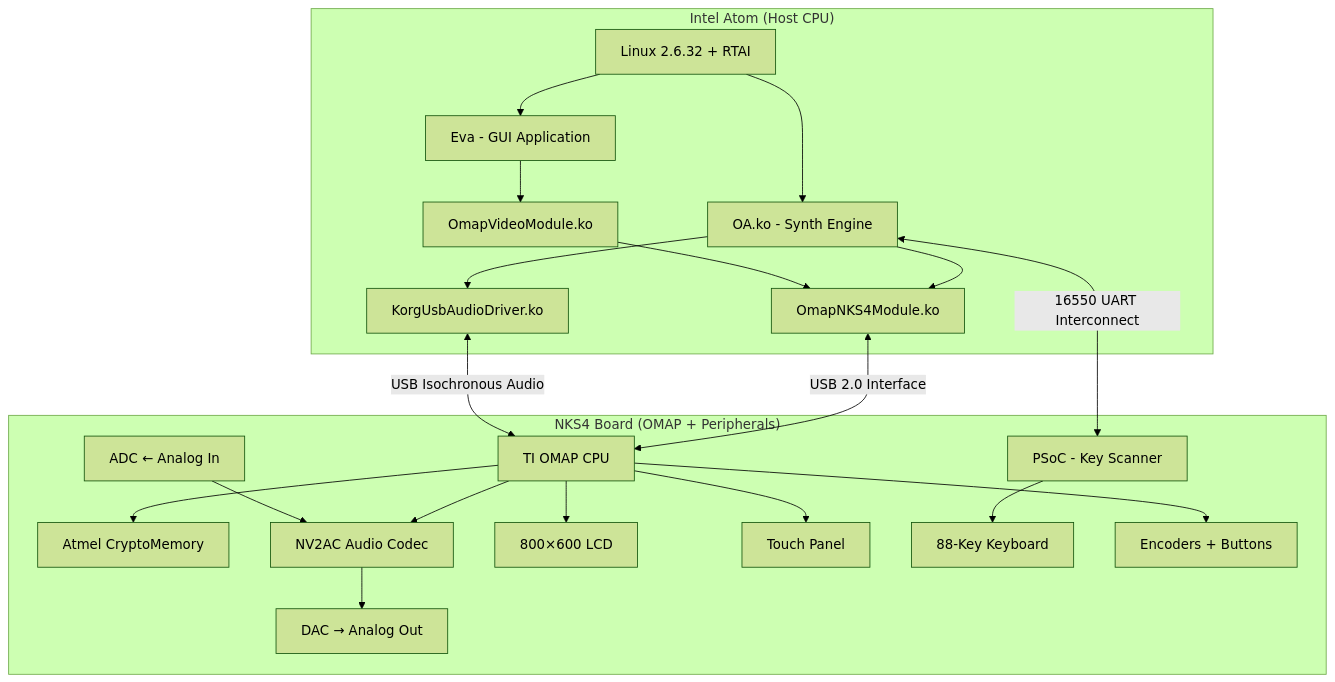
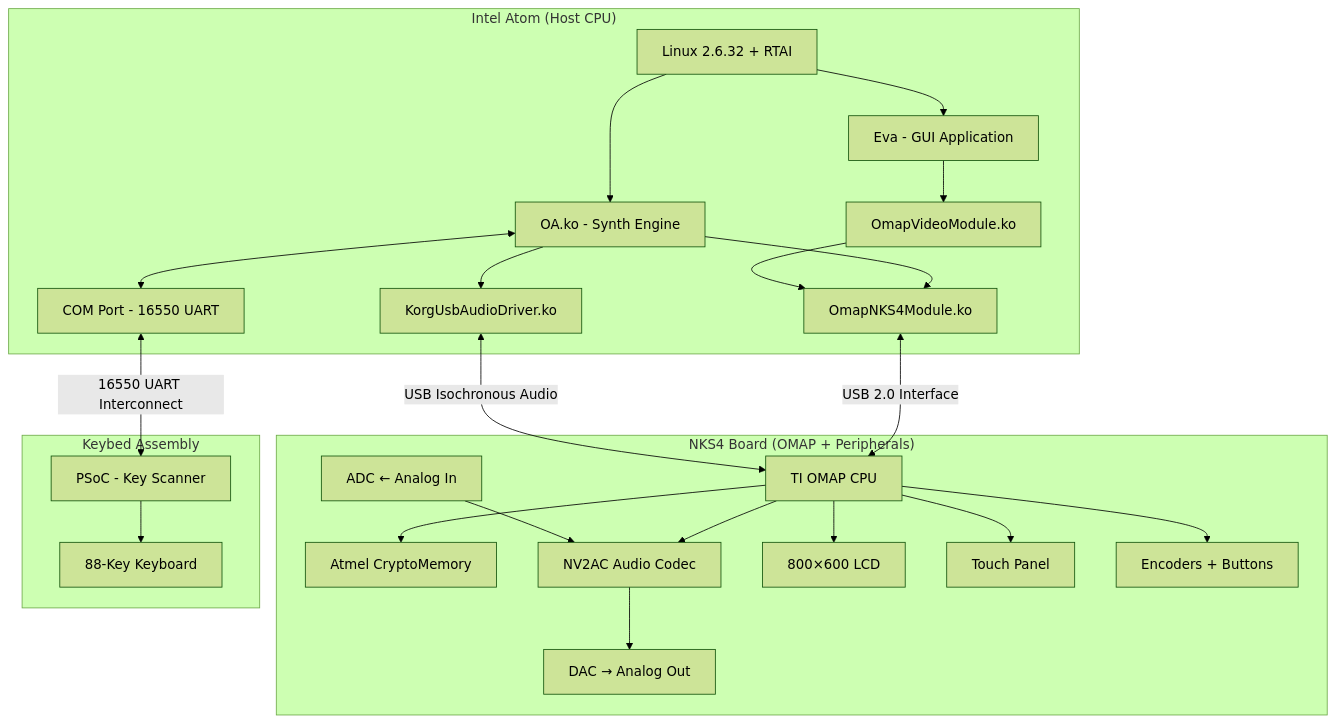
Before and after one commit to metaneutrons/kronos: the diagram in docs/01-architecture.md, drawn with Mermaid (forest theme). The commit also changed 11 other files, not shown here.

Commit message:
docs: port documentation improvements and diagram syntax fixes from master

````diff
--- a/docs/01-architecture.md
+++ b/docs/01-architecture.md
@@ -12,44 +12,49 @@
-```{.mermaid caption="Host-Coprocessor System Interconnect Schema" #fig:arch-original-src}
+```mermaid
 graph TB
     subgraph "Intel Atom (Host CPU)"
         KERNEL[Linux 2.6.32 + RTAI]
         OA[OA.ko - Synth Engine]
         EVA[Eva - GUI Application]
         NKS4MOD[OmapNKS4Module.ko]
         VIDMOD[OmapVideoModule.ko]
         AUDIODRV[KorgUsbAudioDriver.ko]
+        COMPORT[COM Port - 16550 UART]
     end
 
     subgraph "NKS4 Board (OMAP + Peripherals)"
         OMAP[TI OMAP CPU]
         ATMEL[Atmel CryptoMemory]
         NV2AC[NV2AC Audio Codec]
         LCD[800×600 LCD]
         TOUCH[Touch Panel]
-        PSOC[PSoC - Key Scanner]
-        KEYS[88-Key Keyboard]
         ENCODERS[Encoders + Buttons]
         DAC[DAC → Analog Out]
         ADC[ADC ← Analog In]
+    end
+
+    subgraph "Keybed Assembly"
+        PSOC[PSoC - Key Scanner]
+        KEYS[88-Key Keyboard]
     end
 
     KERNEL --> OA
     KERNEL --> EVA
     OA --> NKS4MOD
     OA --> AUDIODRV
     EVA --> VIDMOD
     VIDMOD --> NKS4MOD
+    OA <--> COMPORT
 
     NKS4MOD <-->|"USB 2.0 Interface"| OMAP
     AUDIODRV <-->|"USB Isochronous Audio"| OMAP
-    OA <-->|"16550 UART Interconnect"| PSOC
+    COMPORT <-->|"16550 UART Interconnect"| PSOC
 
     OMAP --> LCD
     OMAP --> ATMEL
     OMAP --> NV2AC
     OMAP --> TOUCH
     OMAP --> ENCODERS
     PSOC --> KEYS
     NV2AC --> DAC
     ADC --> NV2AC
 ```
````
